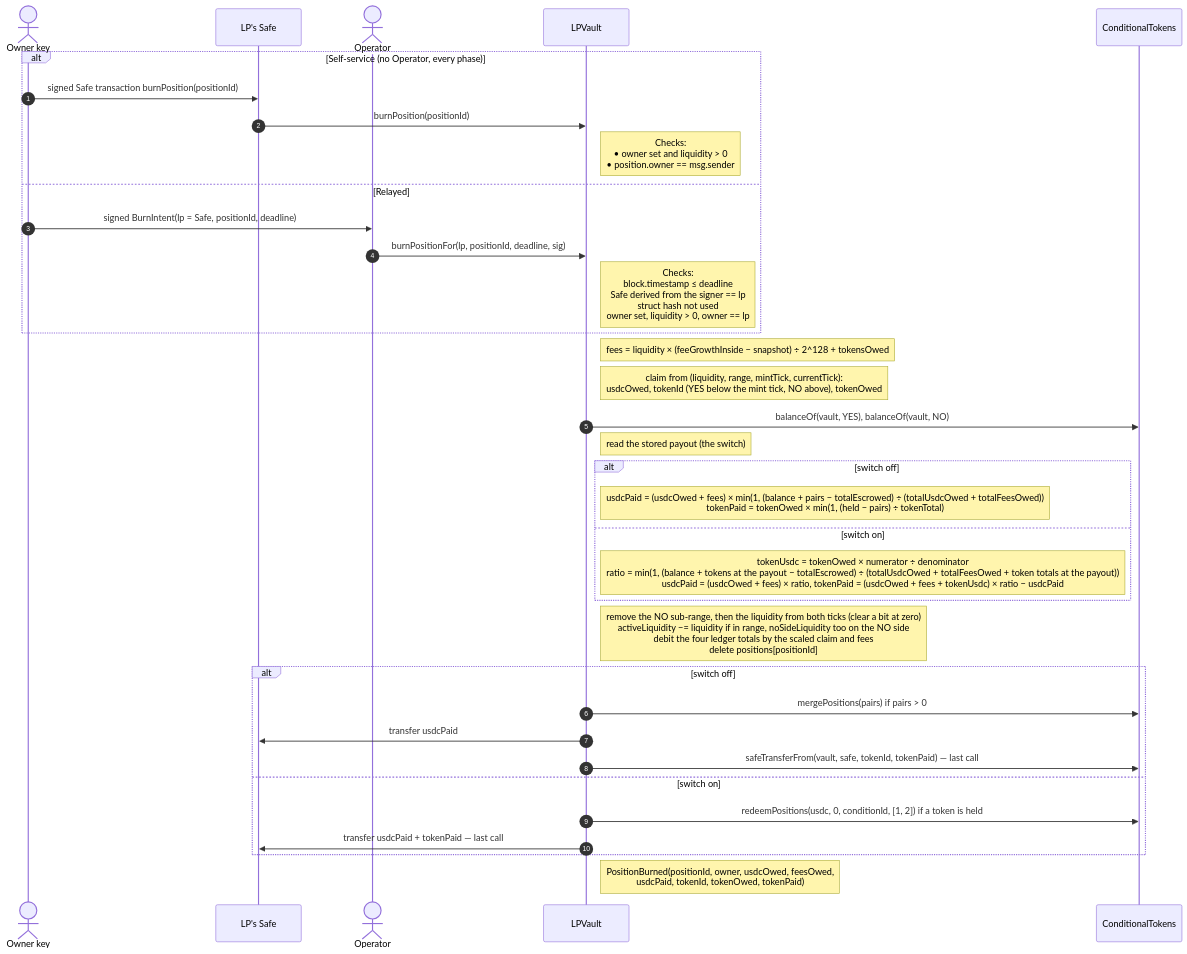
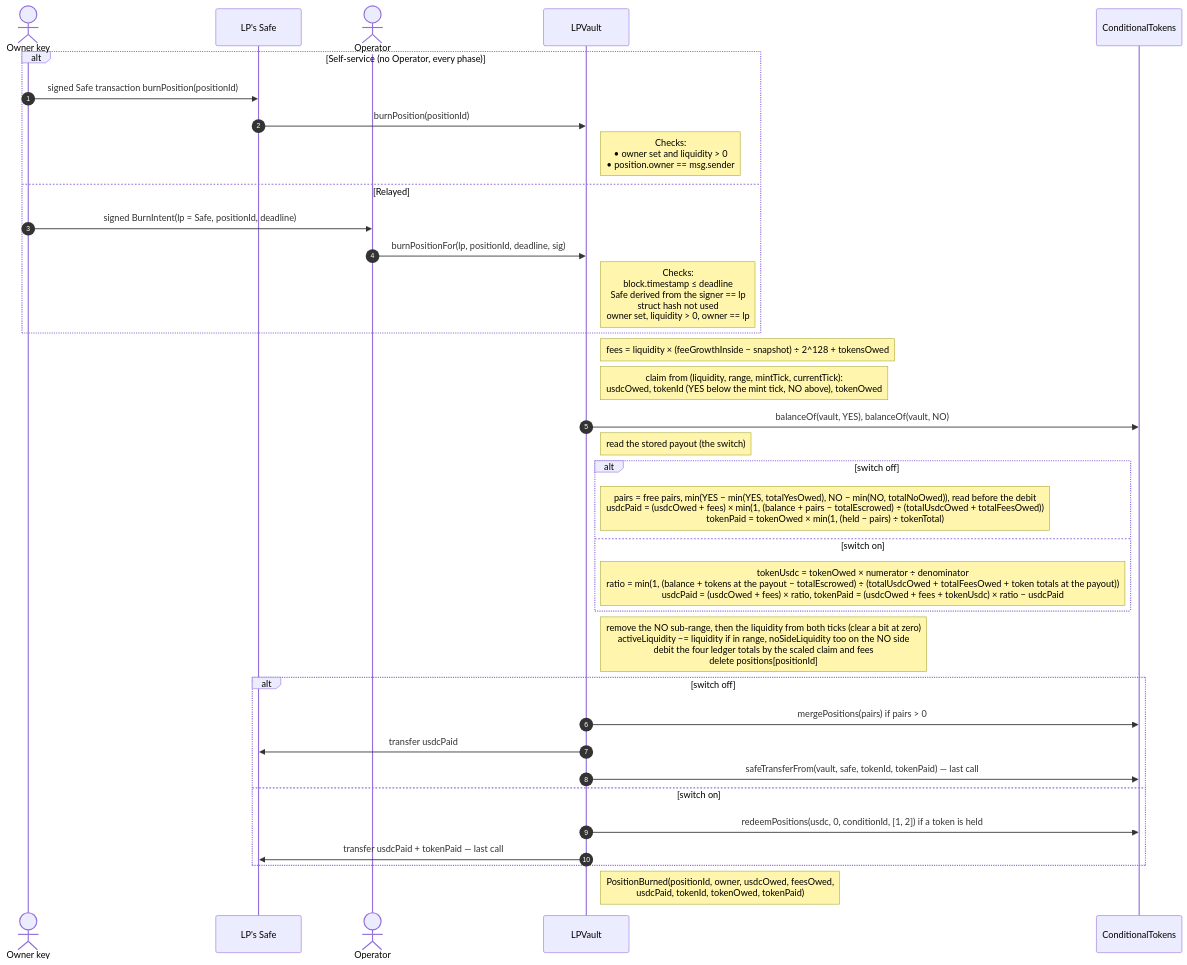
The ninth of 17 diagrams in FLOWS.md (ProphetMarket/lp-vaults), drawn with Mermaid before and after one commit. The commit also changed other lines of this file and 3 other files, not shown here.

First line of the commit message:
chore (vault): Document the free pairs and update the plan for R14

````diff
--- a/FLOWS.md
+++ b/FLOWS.md
@@ -308,38 +309,38 @@
 ```mermaid
 sequenceDiagram
     autonumber
     actor OwnerKey as Owner key
     participant Safe as LP's Safe
     actor Operator
     participant Vault as LPVault
     participant CTF as ConditionalTokens
 
     alt Self-service (no Operator, every phase)
         OwnerKey->>Safe: signed Safe transaction burnPosition(positionId)
         Safe->>Vault: burnPosition(positionId)
         Note right of Vault: Checks:<br/>• owner set and liquidity > 0<br/>• position.owner == msg.sender
     else Relayed
         OwnerKey->>Operator: signed BurnIntent(lp = Safe, positionId, deadline)
         Operator->>Vault: burnPositionFor(lp, positionId, deadline, sig)
         Note right of Vault: Checks:<br/>block.timestamp ≤ deadline<br/>Safe derived from the signer == lp<br/>struct hash not used<br/>owner set, liquidity > 0, owner == lp
     end
     Note right of Vault: fees = liquidity × (feeGrowthInside − snapshot) ÷ 2^128 + tokensOwed
     Note right of Vault: claim from (liquidity, range, mintTick, currentTick):<br/>usdcOwed, tokenId (YES below the mint tick, NO above), tokenOwed
     Vault->>CTF: balanceOf(vault, YES), balanceOf(vault, NO)
     Note right of Vault: read the stored payout (the switch)
     alt switch off
-        Note right of Vault: usdcPaid = (usdcOwed + fees) × min(1, (balance + pairs − totalEscrowed) ÷ (totalUsdcOwed + totalFeesOwed))<br/>tokenPaid = tokenOwed × min(1, (held − pairs) ÷ tokenTotal)
+        Note right of Vault: pairs = free pairs, min(YES − min(YES, totalYesOwed), NO − min(NO, totalNoOwed)), read before the debit<br/>usdcPaid = (usdcOwed + fees) × min(1, (balance + pairs − totalEscrowed) ÷ (totalUsdcOwed + totalFeesOwed))<br/>tokenPaid = tokenOwed × min(1, (held − pairs) ÷ tokenTotal)
     else switch on
         Note right of Vault: tokenUsdc = tokenOwed × numerator ÷ denominator<br/>ratio = min(1, (balance + tokens at the payout − totalEscrowed) ÷ (totalUsdcOwed + totalFeesOwed + token totals at the payout))<br/>usdcPaid = (usdcOwed + fees) × ratio, tokenPaid = (usdcOwed + fees + tokenUsdc) × ratio − usdcPaid
     end
     Note right of Vault: remove the NO sub-range, then the liquidity from both ticks (clear a bit at zero)<br/>activeLiquidity −= liquidity if in range, noSideLiquidity too on the NO side<br/>debit the four ledger totals by the scaled claim and fees<br/>delete positions[positionId]
     alt switch off
         Vault->>CTF: mergePositions(pairs) if pairs > 0
         Vault->>Safe: transfer usdcPaid
         Vault->>CTF: safeTransferFrom(vault, safe, tokenId, tokenPaid) — last call
     else switch on
         Vault->>CTF: redeemPositions(usdc, 0, conditionId, [1, 2]) if a token is held
         Vault->>Safe: transfer usdcPaid + tokenPaid — last call
     end
     Note right of Vault: PositionBurned(positionId, owner, usdcOwed, feesOwed,<br/>usdcPaid, tokenId, tokenOwed, tokenPaid)
 ```
````
